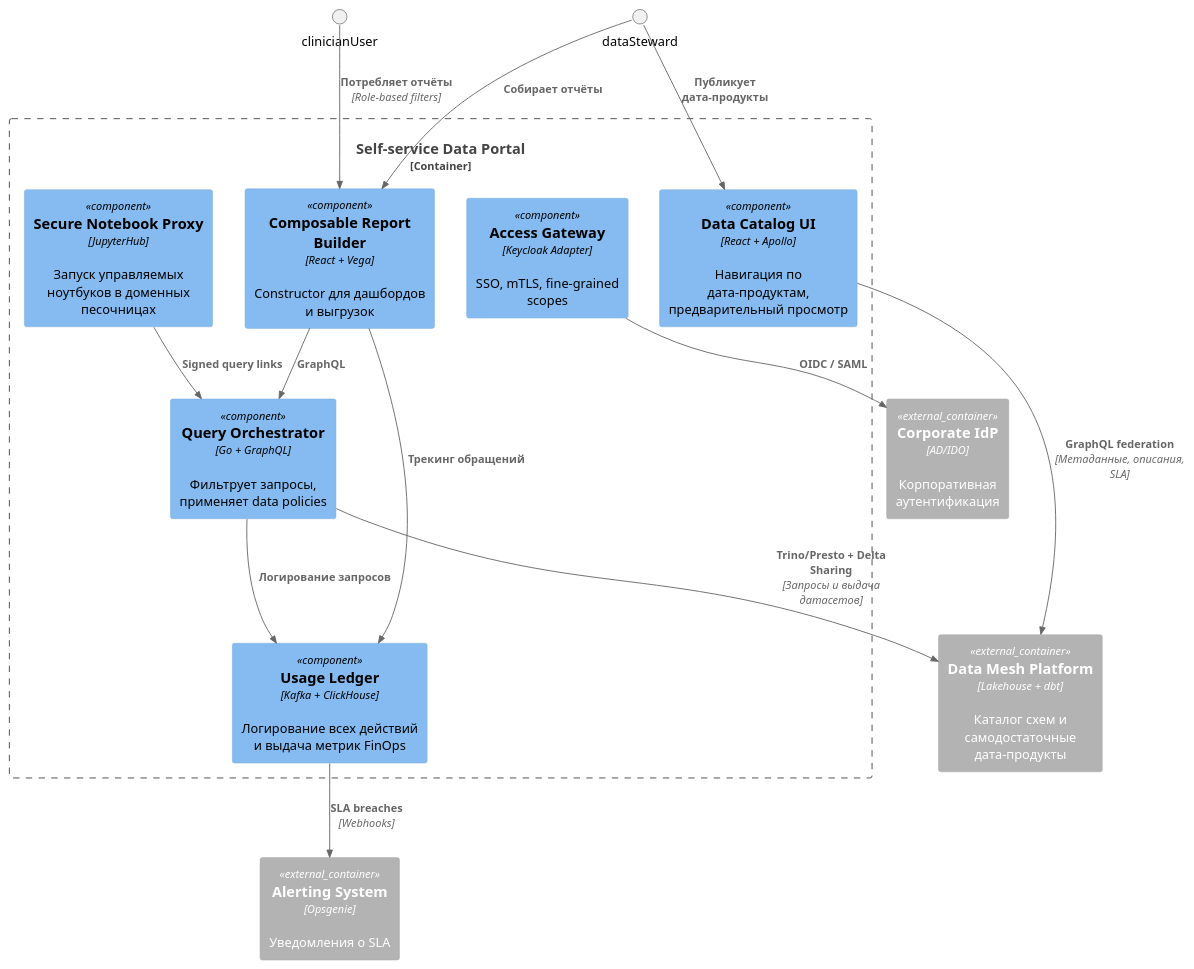
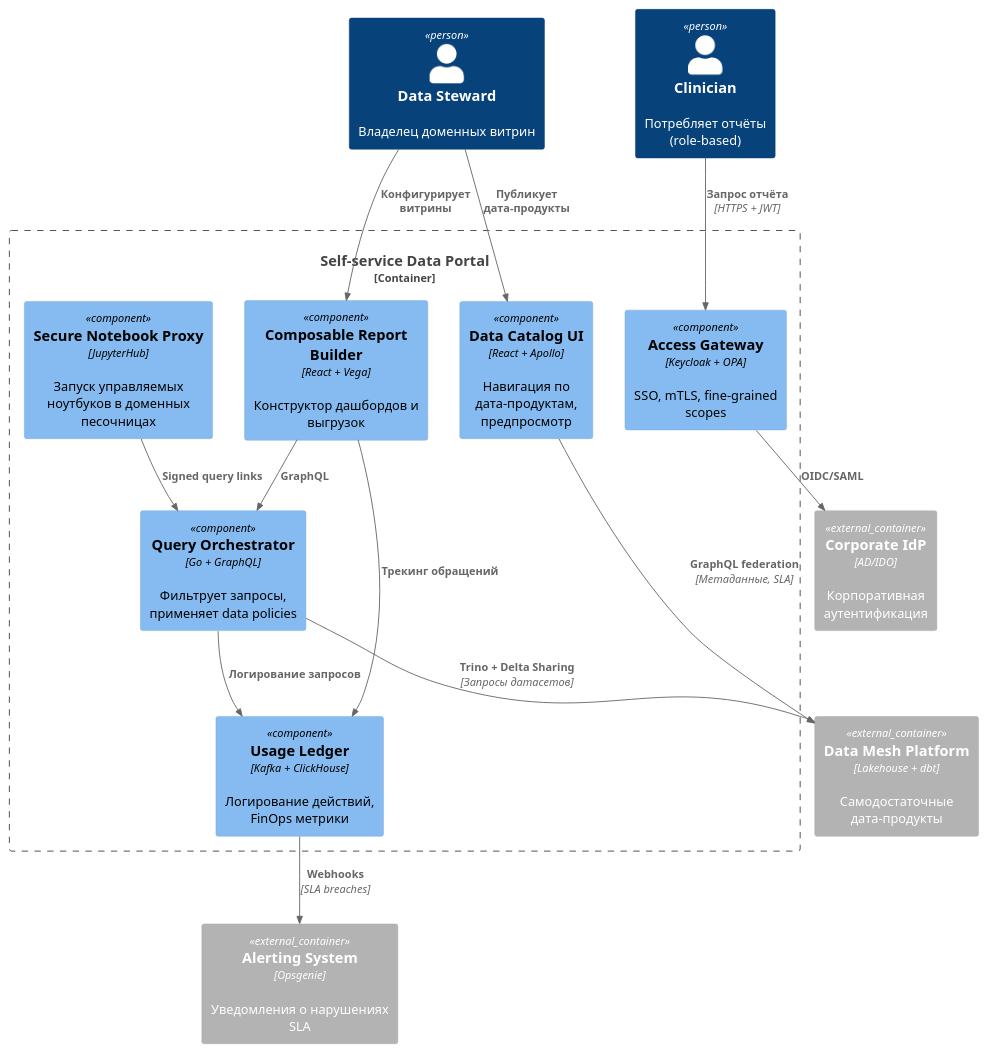
One commit to evglaptev/architecture-future_pro_2_0 changed the diagram in Task3Advanced/c4-component.puml. Above: the diagram before and after it, drawn with PlantUML. The commit also changed 9 other files, not shown here.

```diff
--- a/Task3Advanced/c4-component.puml
+++ b/Task3Advanced/c4-component.puml
@@ -1,32 +1,35 @@
 @startuml
 !include https://raw.githubusercontent.com/plantuml-stdlib/C4-PlantUML/master/C4_Component.puml
 
 LAYOUT_TOP_DOWN()
 
+Person(dataSteward, "Data Steward", "Владелец доменных витрин")
+Person(clinicianUser, "Clinician", "Потребляет отчёты (role-based)")
+
 Container_Boundary(portal, "Self-service Data Portal") {
-  Component(authSvc, "Access Gateway", "Keycloak Adapter", "SSO, mTLS, fine-grained scopes")
+  Component(authSvc, "Access Gateway", "Keycloak + OPA", "SSO, mTLS, fine-grained scopes")
   Component(querySvc, "Query Orchestrator", "Go + GraphQL", "Фильтрует запросы, применяет data policies")
-  Component(catalogSvc, "Data Catalog UI", "React + Apollo", "Навигация по дата-продуктам, предварительный просмотр")
-  Component(reportBuilder, "Composable Report Builder", "React + Vega", "Constructor для дашбордов и выгрузок")
+  Component(catalogSvc, "Data Catalog UI", "React + Apollo", "Навигация по дата-продуктам, предпросмотр")
+  Component(reportBuilder, "Composable Report Builder", "React + Vega", "Конструктор дашбордов и выгрузок")
   Component(notebookProxy, "Secure Notebook Proxy", "JupyterHub", "Запуск управляемых ноутбуков в доменных песочницах")
-  Component(auditSvc, "Usage Ledger", "Kafka + ClickHouse", "Логирование всех действий и выдача метрик FinOps")
+  Component(auditSvc, "Usage Ledger", "Kafka + ClickHouse", "Логирование действий, FinOps метрики")
 }
 
-Container_Ext(dataMesh, "Data Mesh Platform", "Lakehouse + dbt", "Каталог схем и самодостаточные дата-продукты")
+Container_Ext(dataMesh, "Data Mesh Platform", "Lakehouse + dbt", "Самодостаточные дата-продукты")
 Container_Ext(idp, "Corporate IdP", "AD/IDO", "Корпоративная аутентификация")
-Container_Ext(alerting, "Alerting System", "Opsgenie", "Уведомления о SLA")
+Container_Ext(alerting, "Alerting System", "Opsgenie", "Уведомления о нарушениях SLA")
 
-Rel(authSvc, idp, "OIDC / SAML")
-Rel(querySvc, dataMesh, "Trino/Presto + Delta Sharing", "Запросы и выдача датасетов")
-Rel(catalogSvc, dataMesh, "GraphQL federation", "Метаданные, описания, SLA")
+Rel(authSvc, idp, "OIDC/SAML")
+Rel(querySvc, dataMesh, "Trino + Delta Sharing", "Запросы датасетов")
+Rel(catalogSvc, dataMesh, "GraphQL federation", "Метаданные, SLA")
 Rel(reportBuilder, querySvc, "GraphQL")
 Rel(notebookProxy, querySvc, "Signed query links")
 Rel(reportBuilder, auditSvc, "Трекинг обращений")
 Rel(querySvc, auditSvc, "Логирование запросов")
-Rel(auditSvc, alerting, "SLA breaches", "Webhooks")
+Rel(auditSvc, alerting, "Webhooks", "SLA breaches")
 
 Rel(dataSteward, catalogSvc, "Публикует дата-продукты")
-Rel(dataSteward, reportBuilder, "Собирает отчёты")
-Rel(clinicianUser, reportBuilder, "Потребляет отчёты", "Role-based filters")
+Rel(dataSteward, reportBuilder, "Конфигурирует витрины")
+Rel(clinicianUser, authSvc, "Запрос отчёта", "HTTPS + JWT")
 
 @enduml
```
